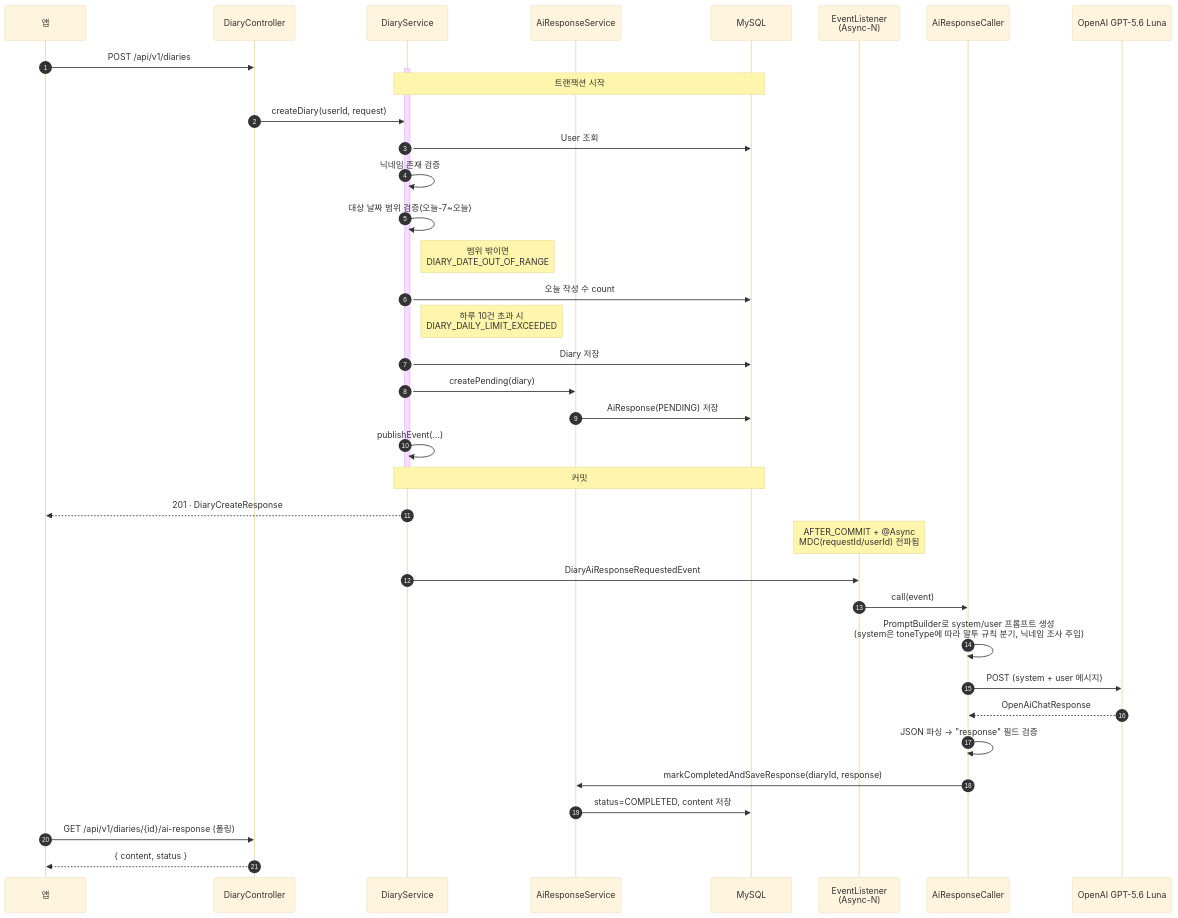
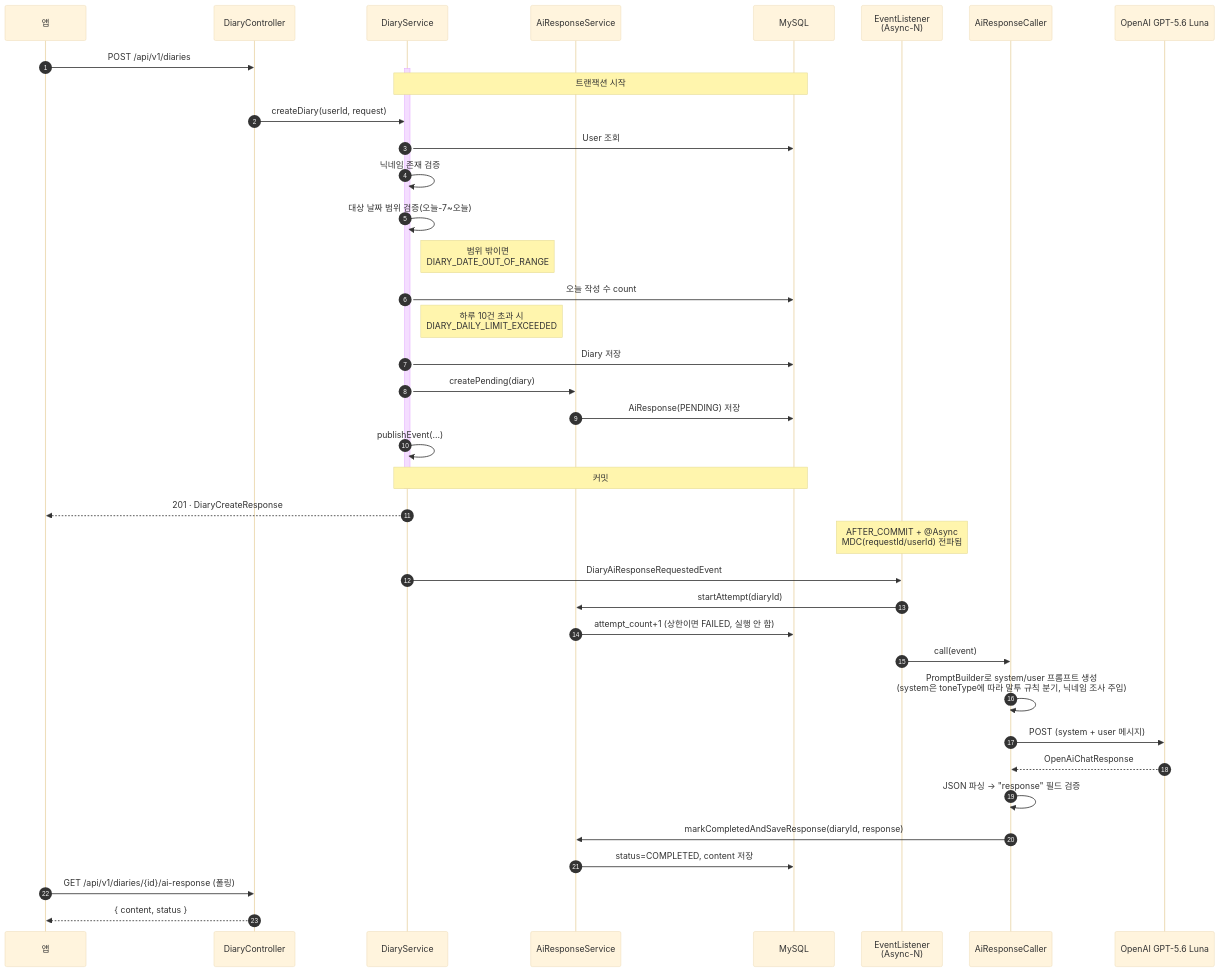
Before and after one commit to hearu-application/backend: the fourth of 8 diagrams in docs/architecture.md, drawn with Mermaid (base theme). The commit also changed other lines of this file and 28 other files, not shown here.

````diff
--- a/docs/architecture.md
+++ b/docs/architecture.md
@@ -155,43 +165,45 @@
 ```mermaid
 sequenceDiagram
     autonumber
     participant C as 앱
     participant DC as DiaryController
     participant DS as DiaryService
     participant AS as AiResponseService
     participant DB as MySQL
     participant L as EventListener<br/>(Async-N)
     participant AC as AiResponseCaller
     participant LLM as OpenAI GPT-5.6 Luna
 
     C->>DC: POST /api/v1/diaries
     activate DS
     Note over DS,DB: 트랜잭션 시작
     DC->>DS: createDiary(userId, request)
     DS->>DB: User 조회
     DS->>DS: 닉네임 존재 검증
     DS->>DS: 대상 날짜 범위 검증(오늘-7~오늘)
     Note right of DS: 범위 밖이면<br/>DIARY_DATE_OUT_OF_RANGE
     DS->>DB: 오늘 작성 수 count
     Note right of DS: 하루 10건 초과 시<br/>DIARY_DAILY_LIMIT_EXCEEDED
     DS->>DB: Diary 저장
     DS->>AS: createPending(diary)
     AS->>DB: AiResponse(PENDING) 저장
     DS->>DS: publishEvent(...)
     Note over DS,DB: 커밋
     deactivate DS
     DS-->>C: 201 · DiaryCreateResponse
 
     Note over L: AFTER_COMMIT + @Async<br/>MDC(requestId/userId) 전파됨
     DS->>L: DiaryAiResponseRequestedEvent
+    L->>AS: startAttempt(diaryId)
+    AS->>DB: attempt_count+1 (상한이면 FAILED, 실행 안 함)
     L->>AC: call(event)
     AC->>AC: PromptBuilder로 system/user 프롬프트 생성<br/>(system은 toneType에 따라 말투 규칙 분기, 닉네임 조사 주입)
     AC->>LLM: POST (system + user 메시지)
     LLM-->>AC: OpenAiChatResponse
     AC->>AC: JSON 파싱 → "response" 필드 검증
     AC->>AS: markCompletedAndSaveResponse(diaryId, response)
     AS->>DB: status=COMPLETED, content 저장
 
     C->>DC: GET /api/v1/diaries/{id}/ai-response (폴링)
     DC-->>C: { content, status }
 ```
````
